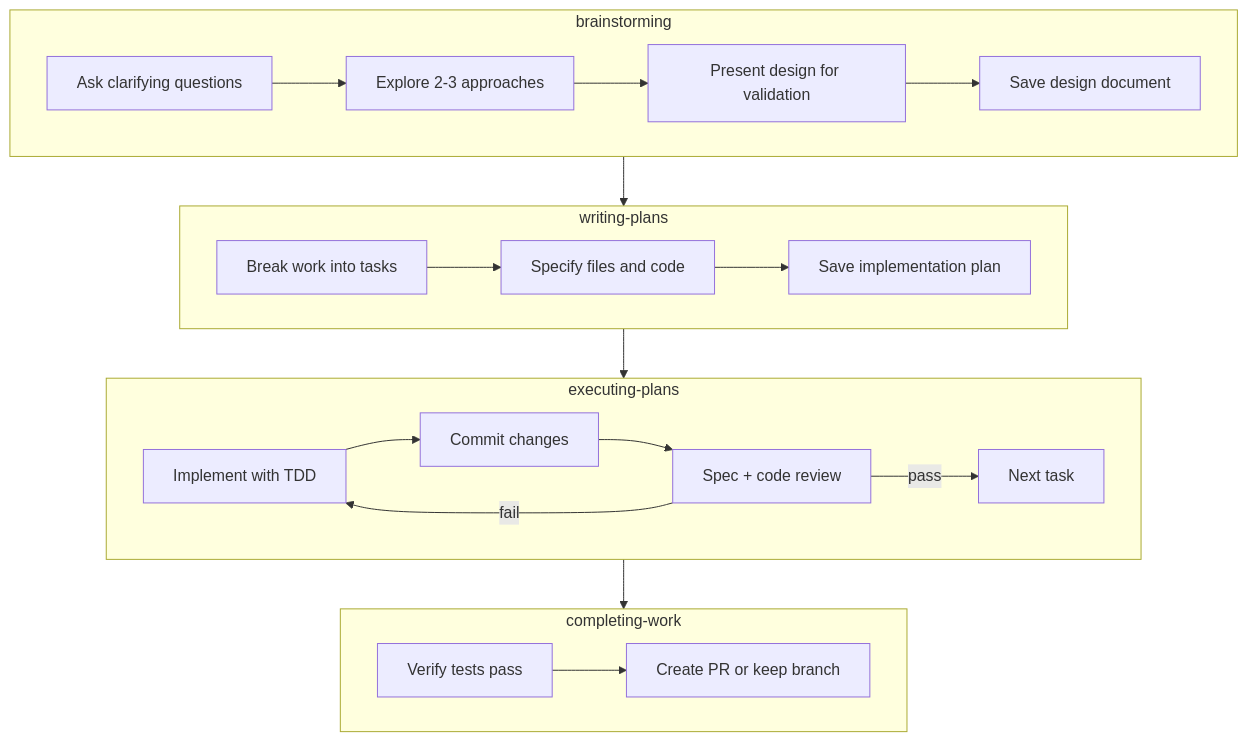
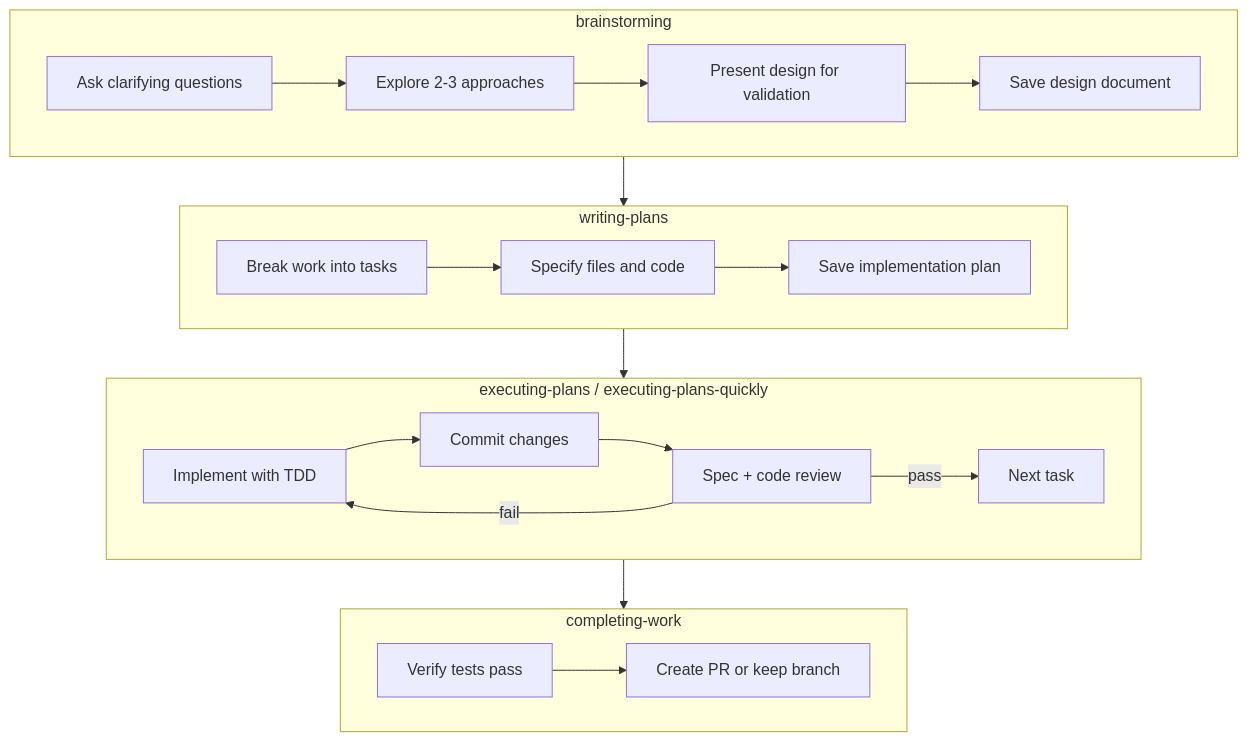
Before and after one commit to averycrespi/claudefiles: the diagram in README.md, drawn with Mermaid. The commit also changed other lines of this file, not shown here.

````diff
--- a/README.md
+++ b/README.md
@@ -36,26 +36,26 @@
 ```mermaid
 flowchart TD
     subgraph Brainstorming["brainstorming"]
         B1[Ask clarifying questions] --> B2[Explore 2-3 approaches]
         B2 --> B3[Present design for validation]
         B3 --> B4[Save design document]
     end
 
     subgraph Planning["writing-plans"]
         P1[Break work into tasks] --> P2[Specify files and code]
         P2 --> P3[Save implementation plan]
     end
 
-    subgraph Executing["executing-plans"]
+    subgraph Executing["executing-plans / executing-plans-quickly"]
         E1[Implement with TDD] --> E2[Commit changes]
         E2 --> E3[Spec + code review]
         E3 -->|pass| E4[Next task]
         E3 -->|fail| E1
     end
 
     subgraph Completing["completing-work"]
         C1[Verify tests pass] --> C2[Create PR or keep branch]
     end
 
     Brainstorming --> Planning --> Executing --> Completing
 ```
````
